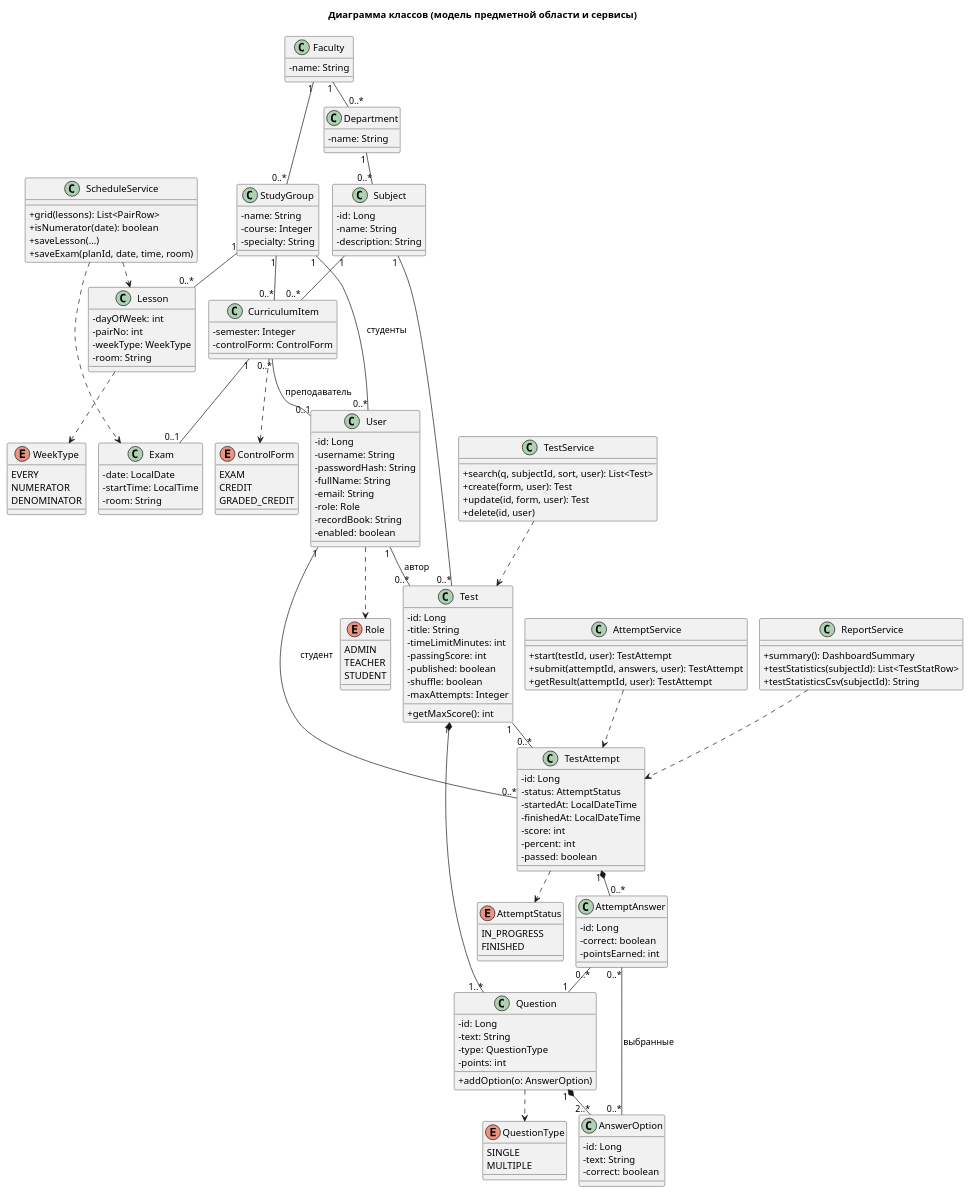
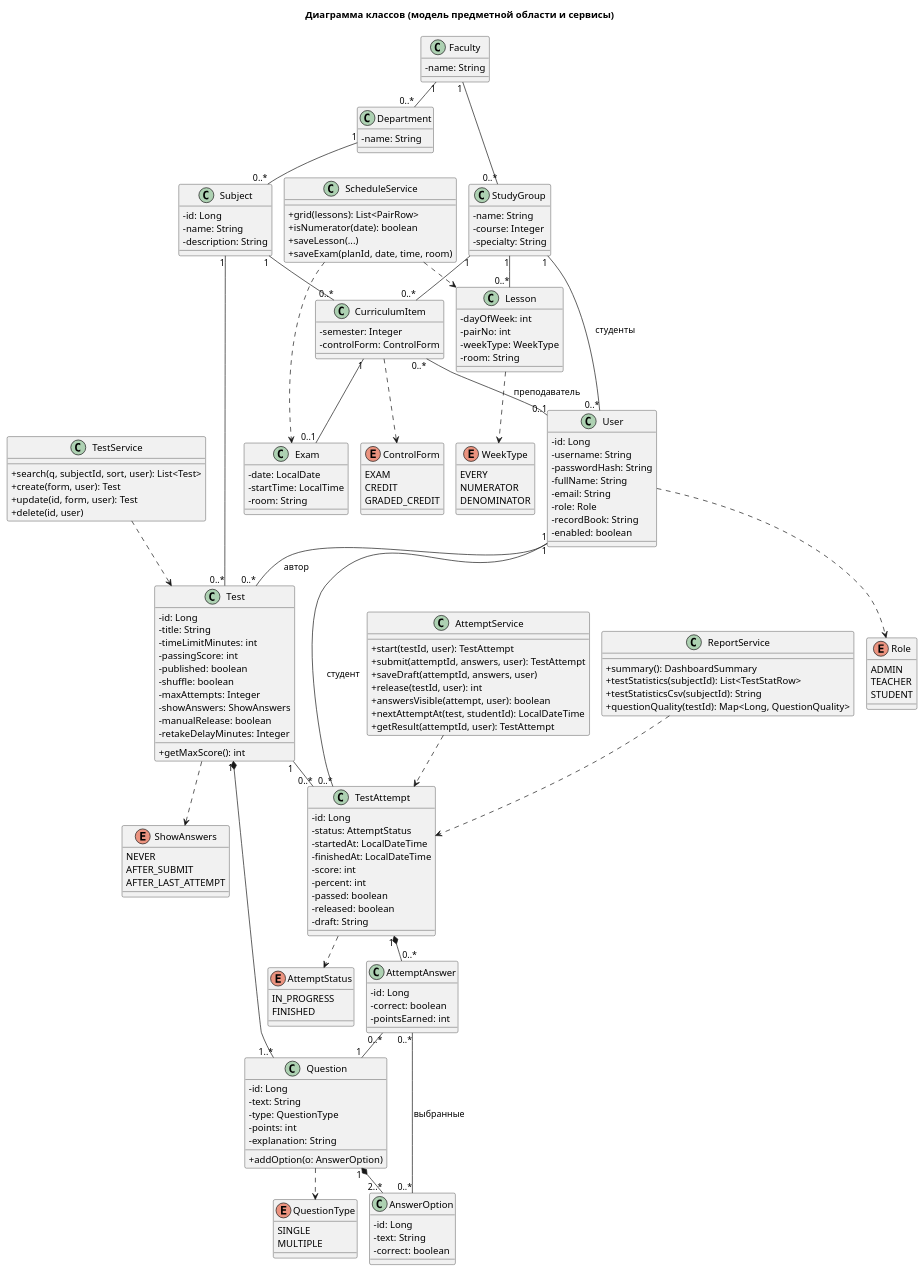
The diagram in docs/uml/2_class.puml (ChibryakovT/student-testing-system), drawn with PlantUML before and after one commit. The commit also changed 8 other files, not shown here.

First line of the commit message:
Схемы и README под текущую версию: автосохранение, пояснения, публикация оценок, качество вопросов

```diff
--- a/docs/uml/2_class.puml
+++ b/docs/uml/2_class.puml
@@ -1,160 +1,177 @@
 @startuml class
 !pragma layout smetana
 skinparam defaultFontName Arial
 skinparam classAttributeIconSize 0
 title Диаграмма классов (модель предметной области и сервисы)
 
 enum Role {
   ADMIN
   TEACHER
   STUDENT
 }
 enum QuestionType {
   SINGLE
   MULTIPLE
 }
 enum ControlForm {
   EXAM
   CREDIT
   GRADED_CREDIT
 }
 enum AttemptStatus {
   IN_PROGRESS
   FINISHED
+}
+enum ShowAnswers {
+  NEVER
+  AFTER_SUBMIT
+  AFTER_LAST_ATTEMPT
 }
 
 class User {
   -id: Long
   -username: String
   -passwordHash: String
   -fullName: String
   -email: String
   -role: Role
   -recordBook: String
   -enabled: boolean
 }
 class Faculty {
   -name: String
 }
 class Department {
   -name: String
 }
 class StudyGroup {
   -name: String
   -course: Integer
   -specialty: String
 }
 class CurriculumItem {
   -semester: Integer
   -controlForm: ControlForm
 }
 class Lesson {
   -dayOfWeek: int
   -pairNo: int
   -weekType: WeekType
   -room: String
 }
 class Exam {
   -date: LocalDate
   -startTime: LocalTime
   -room: String
 }
 enum WeekType {
   EVERY
   NUMERATOR
   DENOMINATOR
 }
 class Subject {
   -id: Long
   -name: String
   -description: String
 }
 class Test {
   -id: Long
   -title: String
   -timeLimitMinutes: int
   -passingScore: int
   -published: boolean
   -shuffle: boolean
   -maxAttempts: Integer
+  -showAnswers: ShowAnswers
+  -manualRelease: boolean
+  -retakeDelayMinutes: Integer
   +getMaxScore(): int
 }
 class Question {
   -id: Long
   -text: String
   -type: QuestionType
   -points: int
+  -explanation: String
   +addOption(o: AnswerOption)
 }
 class AnswerOption {
   -id: Long
   -text: String
   -correct: boolean
 }
 class TestAttempt {
   -id: Long
   -status: AttemptStatus
   -startedAt: LocalDateTime
   -finishedAt: LocalDateTime
   -score: int
   -percent: int
   -passed: boolean
+  -released: boolean
+  -draft: String
 }
 class AttemptAnswer {
   -id: Long
   -correct: boolean
   -pointsEarned: int
 }
 
 class TestService {
   +search(q, subjectId, sort, user): List<Test>
   +create(form, user): Test
   +update(id, form, user): Test
   +delete(id, user)
 }
 class AttemptService {
   +start(testId, user): TestAttempt
   +submit(attemptId, answers, user): TestAttempt
+  +saveDraft(attemptId, answers, user)
+  +release(testId, user): int
+  +answersVisible(attempt, user): boolean
+  +nextAttemptAt(test, studentId): LocalDateTime
   +getResult(attemptId, user): TestAttempt
 }
 class ScheduleService {
   +grid(lessons): List<PairRow>
   +isNumerator(date): boolean
   +saveLesson(...)
   +saveExam(planId, date, time, room)
 }
 class ReportService {
   +summary(): DashboardSummary
   +testStatistics(subjectId): List<TestStatRow>
   +testStatisticsCsv(subjectId): String
+  +questionQuality(testId): Map<Long, QuestionQuality>
 }
 
 Subject "1" -- "0..*" Test
 User "1" -- "0..*" Test : автор >
 Test "1" *-- "1..*" Question
 Question "1" *-- "2..*" AnswerOption
 User "1" -- "0..*" TestAttempt : студент >
 Test "1" -- "0..*" TestAttempt
 TestAttempt "1" *-- "0..*" AttemptAnswer
 AttemptAnswer "0..*" -- "1" Question
 AttemptAnswer "0..*" -- "0..*" AnswerOption : выбранные >
 User ..> Role
 Faculty "1" -- "0..*" Department
 Faculty "1" -- "0..*" StudyGroup
 Department "1" -- "0..*" Subject
 StudyGroup "1" -- "0..*" User : студенты >
 StudyGroup "1" -- "0..*" CurriculumItem
 Subject "1" -- "0..*" CurriculumItem
 CurriculumItem "0..*" -- "0..1" User : преподаватель >
 CurriculumItem "1" -- "0..1" Exam
 StudyGroup "1" -- "0..*" Lesson
 Lesson ..> WeekType
 CurriculumItem ..> ControlForm
 ScheduleService ..> Lesson
 ScheduleService ..> Exam
 Question ..> QuestionType
 TestAttempt ..> AttemptStatus
+Test ..> ShowAnswers
 TestService ..> Test
 AttemptService ..> TestAttempt
 ReportService ..> TestAttempt
 @enduml
```
